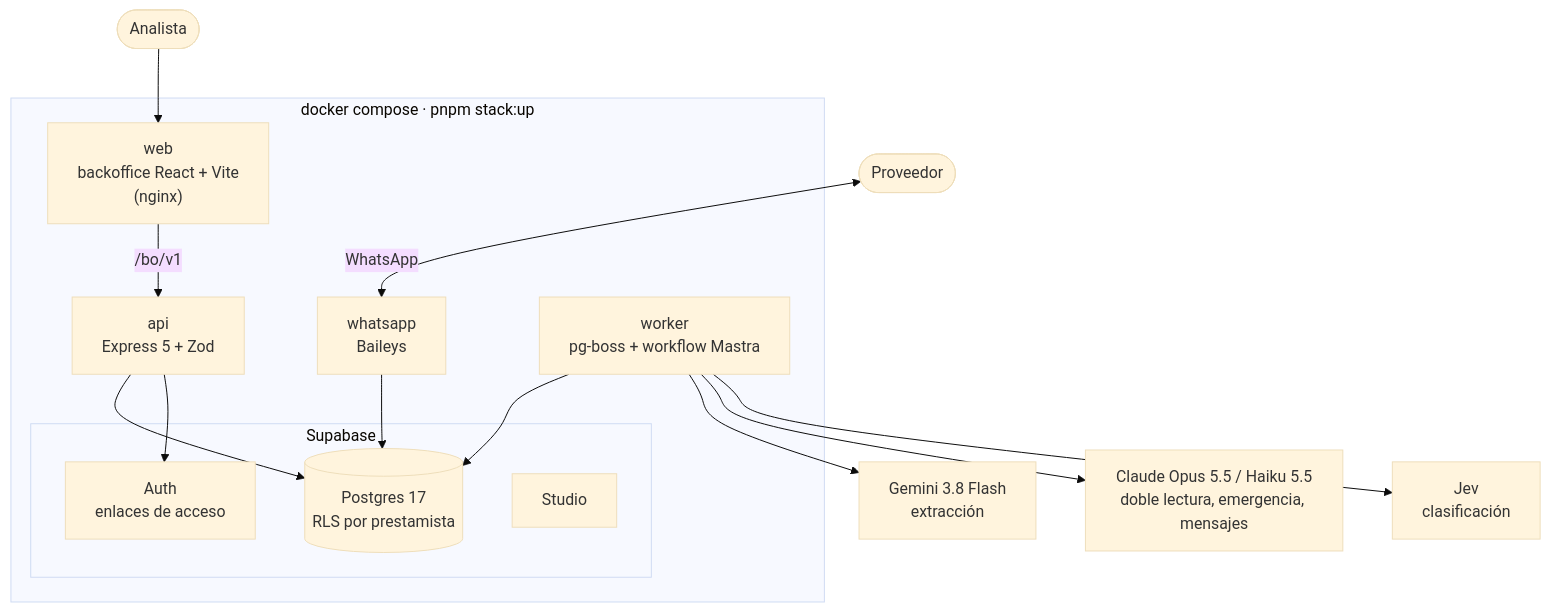
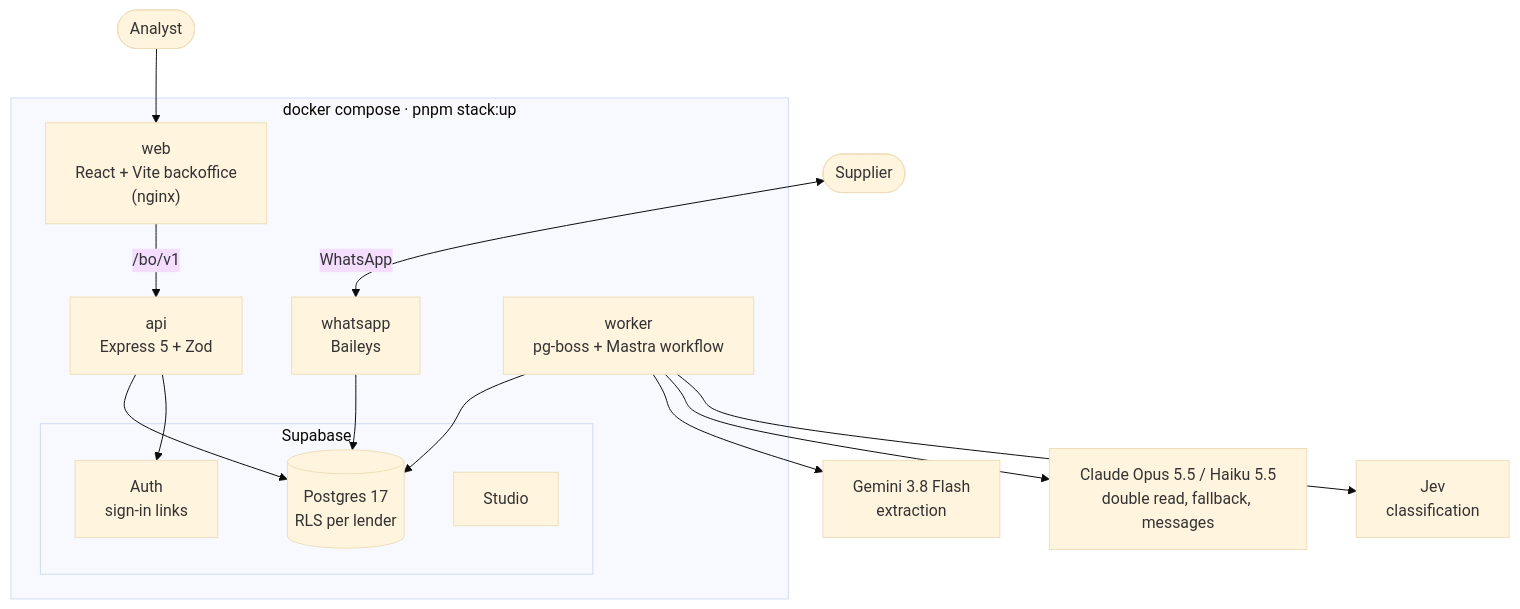
Before and after one commit to moydany/gow-credit: the fourth of 5 diagrams in README.md, drawn with Mermaid (base theme). The commit also changed other lines of this file and 2 other files, not shown here.

````diff
--- a/README.md
+++ b/README.md
@@ -340,24 +365,24 @@
 ```mermaid
 flowchart TB
-    prov([Proveedor]) <-->|WhatsApp| wa
-    analista([Analista]) --> web
+    prov([Supplier]) <-->|WhatsApp| wa
+    analyst([Analyst]) --> web
 
     subgraph docker["docker compose · pnpm stack:up"]
-        web["web<br/>backoffice React + Vite<br/>(nginx)"] -->|/bo/v1| api["api<br/>Express 5 + Zod"]
+        web["web<br/>React + Vite backoffice<br/>(nginx)"] -->|/bo/v1| api["api<br/>Express 5 + Zod"]
         wa["whatsapp<br/>Baileys"]
-        worker["worker<br/>pg-boss + workflow Mastra"]
+        worker["worker<br/>pg-boss + Mastra workflow"]
         subgraph supa["Supabase"]
-            db[("Postgres 17<br/>RLS por prestamista")]
-            auth["Auth<br/>enlaces de acceso"]
+            db[("Postgres 17<br/>RLS per lender")]
+            auth["Auth<br/>sign-in links"]
             studio["Studio"]
         end
         api --> db
         wa --> db
         worker --> db
         api --> auth
     end
 
-    worker --> gemini["Gemini 3.8 Flash<br/>extracción"]
-    worker --> claude["Claude Opus 5.5 / Haiku 5.5<br/>doble lectura, emergencia, mensajes"]
-    worker --> jev["Jev<br/>clasificación"]
+    worker --> gemini["Gemini 3.8 Flash<br/>extraction"]
+    worker --> claude["Claude Opus 5.5 / Haiku 5.5<br/>double read, fallback, messages"]
+    worker --> jev["Jev<br/>classification"]
 ```
````
